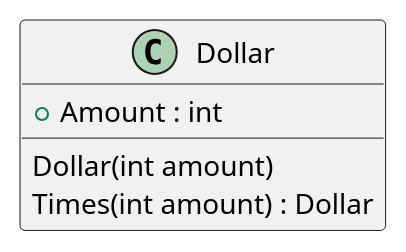
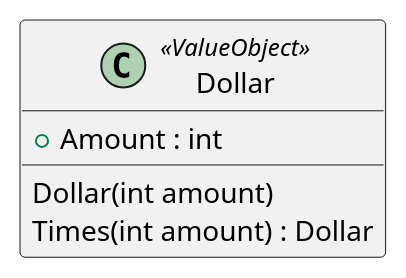
Before and after one commit to RicardoGuzmanVelasco/KentBeck.TDDByExample: the diagram in Documentation/Classes.puml, drawn with PlantUML.

Commit message:
4 | Dollar inequality | Documentation

```diff
--- a/Documentation/Classes.puml
+++ b/Documentation/Classes.puml
@@ -1,8 +1,8 @@
 @startuml
-class Dollar
+class Dollar <<ValueObject>>
 {
     +Amount : int
     Dollar(int amount)
     Times(int amount) : Dollar
 }
 @enduml
```
